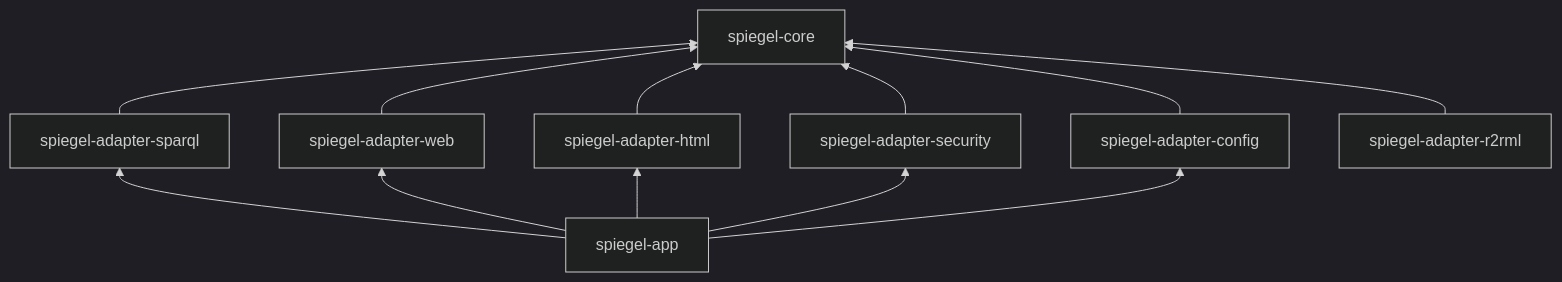
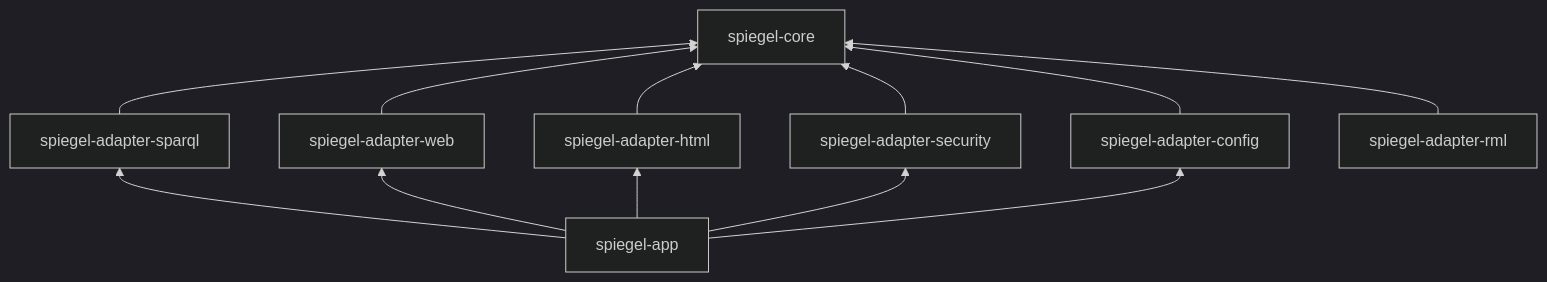
The diagram in docs/analysis/05-architecture/module-structure.md (milieuinfo/SPieGeL), drawn with Mermaid (dark theme) before and after one commit. The commit also changed other lines of this file and 10 other files, not shown here.

````diff
--- a/docs/analysis/05-architecture/module-structure.md
+++ b/docs/analysis/05-architecture/module-structure.md
@@ -19,11 +19,11 @@
 ```mermaid
 flowchart BT
     core[spiegel-core]
     sparql[spiegel-adapter-sparql] --> core
     web[spiegel-adapter-web] --> core
     html[spiegel-adapter-html] --> core
     sec[spiegel-adapter-security] --> core
     cfg[spiegel-adapter-config] --> core
-    r2rml[spiegel-adapter-r2rml] --> core
+    rml[spiegel-adapter-rml] --> core
     app[spiegel-app] --> sparql & web & html & sec & cfg
 ```
````
